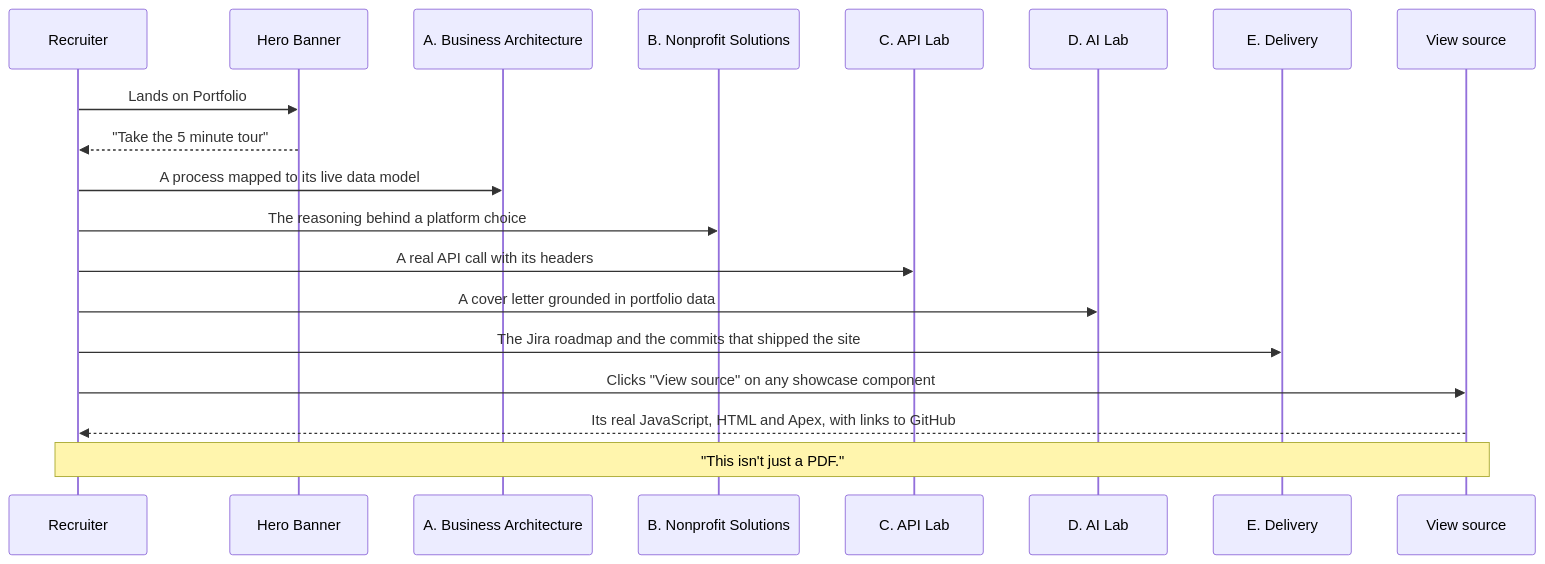
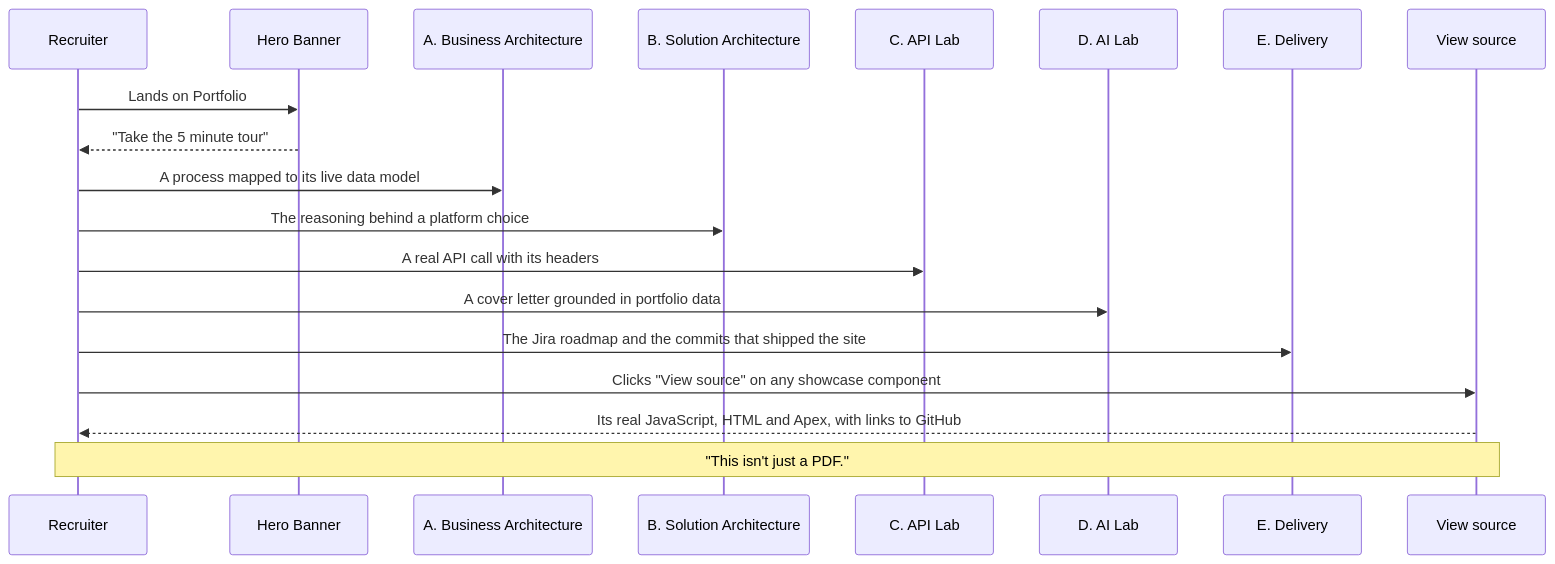
The diagram in docs/guides/01-Executive-Overview.md (rdbumstead/salesforce-platform-architect-portfolio), drawn with Mermaid before and after one commit. The commit also changed 5 other files, not shown here.

````diff
--- a/docs/guides/01-Executive-Overview.md
+++ b/docs/guides/01-Executive-Overview.md
@@ -53,22 +53,22 @@
 ```mermaid
 sequenceDiagram
     participant R as Recruiter
     participant H as Hero Banner
     participant A as A. Business Architecture
-    participant B as B. Nonprofit Solutions
+    participant B as B. Solution Architecture
     participant C as C. API Lab
     participant D as D. AI Lab
     participant E as E. Delivery
     participant S as View source
 
     R->>H: Lands on Portfolio
     H-->>R: "Take the 5 minute tour"
     R->>A: A process mapped to its live data model
     R->>B: The reasoning behind a platform choice
     R->>C: A real API call with its headers
     R->>D: A cover letter grounded in portfolio data
     R->>E: The Jira roadmap and the commits that shipped the site
     R->>S: Clicks "View source" on any showcase component
     S-->>R: Its real JavaScript, HTML and Apex, with links to GitHub
     Note over R,S: "This isn't just a PDF."
 ```
````
